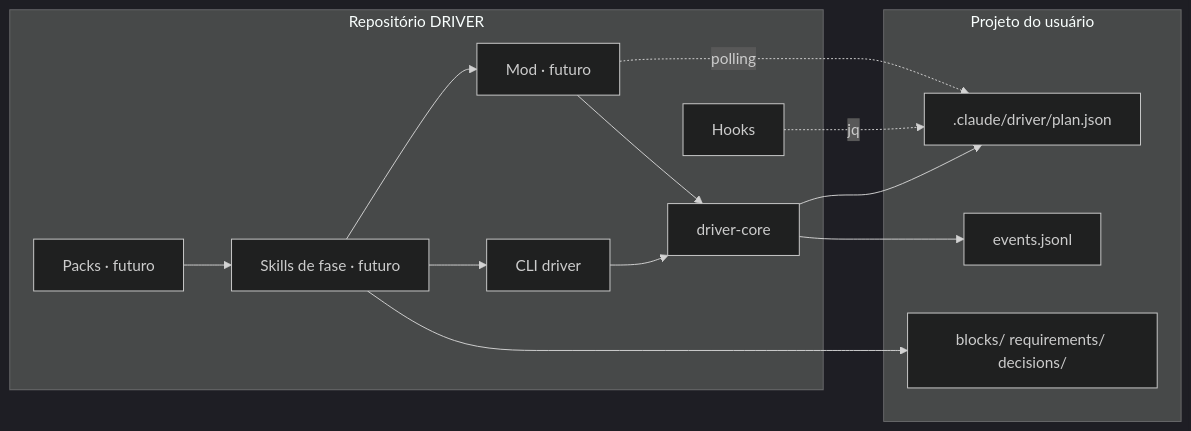
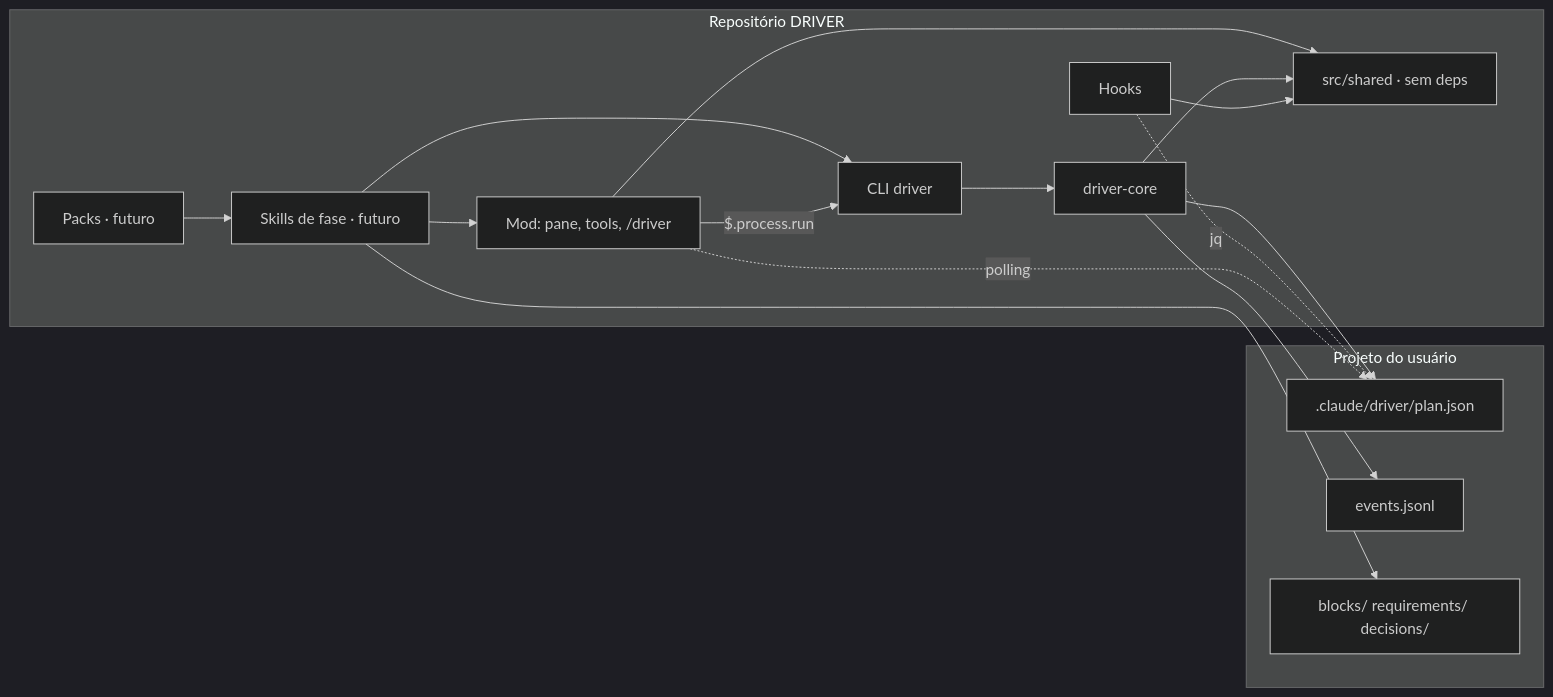
Before and after one commit to DiogoHSM/driver: the diagram in .claude/docs/ARCHITECTURE.md, drawn with Mermaid (dark theme). The commit also changed other lines of this file and 103 other files, not shown here.

````diff
--- a/.claude/docs/ARCHITECTURE.md
+++ b/.claude/docs/ARCHITECTURE.md
@@ -40,26 +41,30 @@
 ```mermaid
 flowchart LR
   subgraph repo[Repositório DRIVER]
     core[driver-core]
     cli[CLI driver]
     hooks[Hooks]
-    mod[Mod · futuro]
+    shared[src/shared · sem deps]
+    mod[Mod: pane, tools, /driver]
     skills[Skills de fase · futuro]
     packs[Packs · futuro]
   end
   subgraph user[Projeto do usuário]
     plan[.claude/driver/plan.json]
     events[events.jsonl]
     md[blocks/ requirements/ decisions/]
   end
   skills --> cli
   skills --> mod
   cli --> core
-  mod --> core
+  mod -- $.process.run --> cli
+  mod --> shared
+  core --> shared
+  hooks --> shared
   core --> plan
   core --> events
   hooks -. jq .-> plan
   mod -. polling .-> plan
   packs --> skills
   skills --> md
 ```
````
